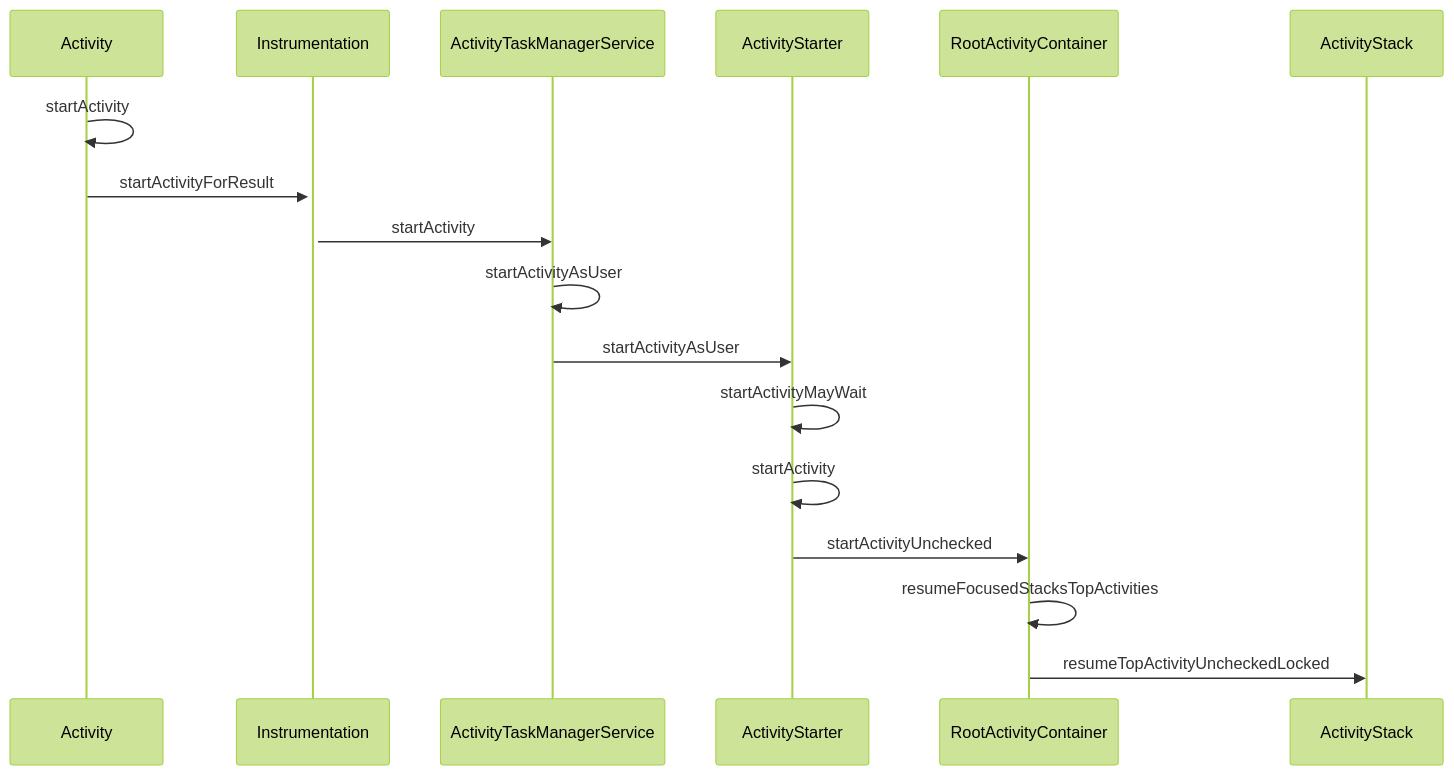
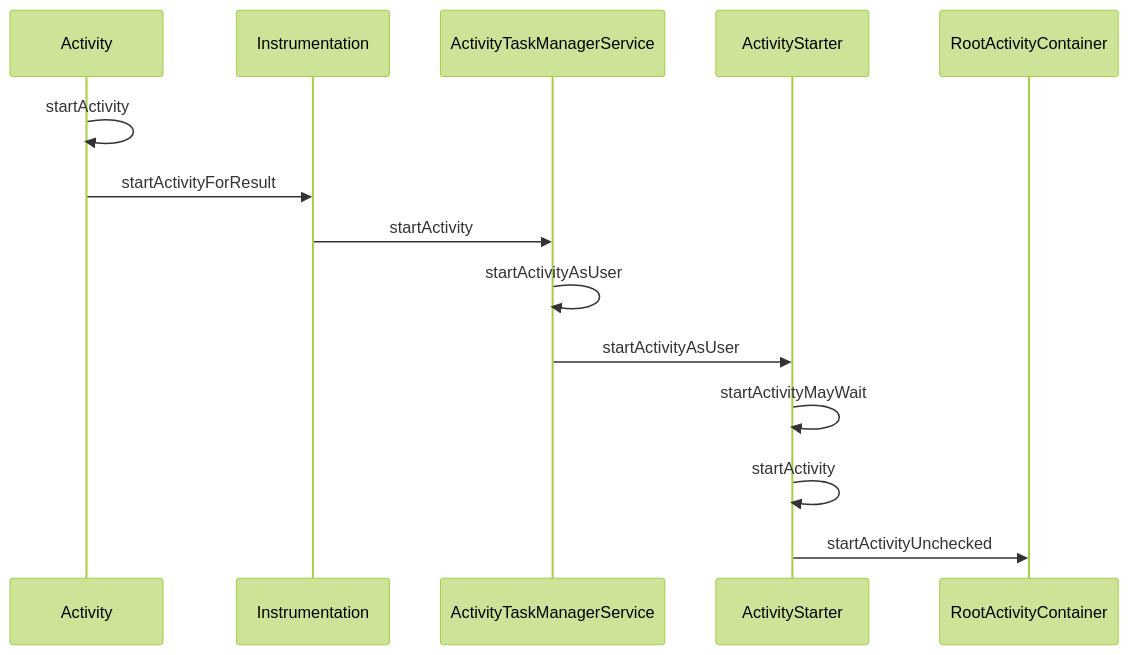
One commit to sweetwong/Android-Interview-QA changed the first of 2 diagrams in 源码/Activity启动流程？.md. Above: the diagram before and after it, drawn with Mermaid (forest theme). The commit also changed other lines of this file, not shown here.

````diff
--- a/源码/Activity启动流程？.md
+++ b/源码/Activity启动流程？.md
@@ -13,14 +13,12 @@
 ```mermaid
 sequenceDiagram
 Activity->>Activity:startActivity
-Activity->>+Instrumentation:startActivityForResult
+Activity->>Instrumentation:startActivityForResult
 Instrumentation->>ActivityTaskManagerService:startActivity
 ActivityTaskManagerService->>ActivityTaskManagerService:startActivityAsUser
 ActivityTaskManagerService->>ActivityStarter:startActivityAsUser
 ActivityStarter->>ActivityStarter:startActivityMayWait
 ActivityStarter->>ActivityStarter:startActivity
 ActivityStarter->>RootActivityContainer:startActivityUnchecked
-RootActivityContainer->>RootActivityContainer:resumeFocusedStacksTopActivities
-RootActivityContainer->>ActivityStack:resumeTopActivityUncheckedLocked
 
 ```
````
